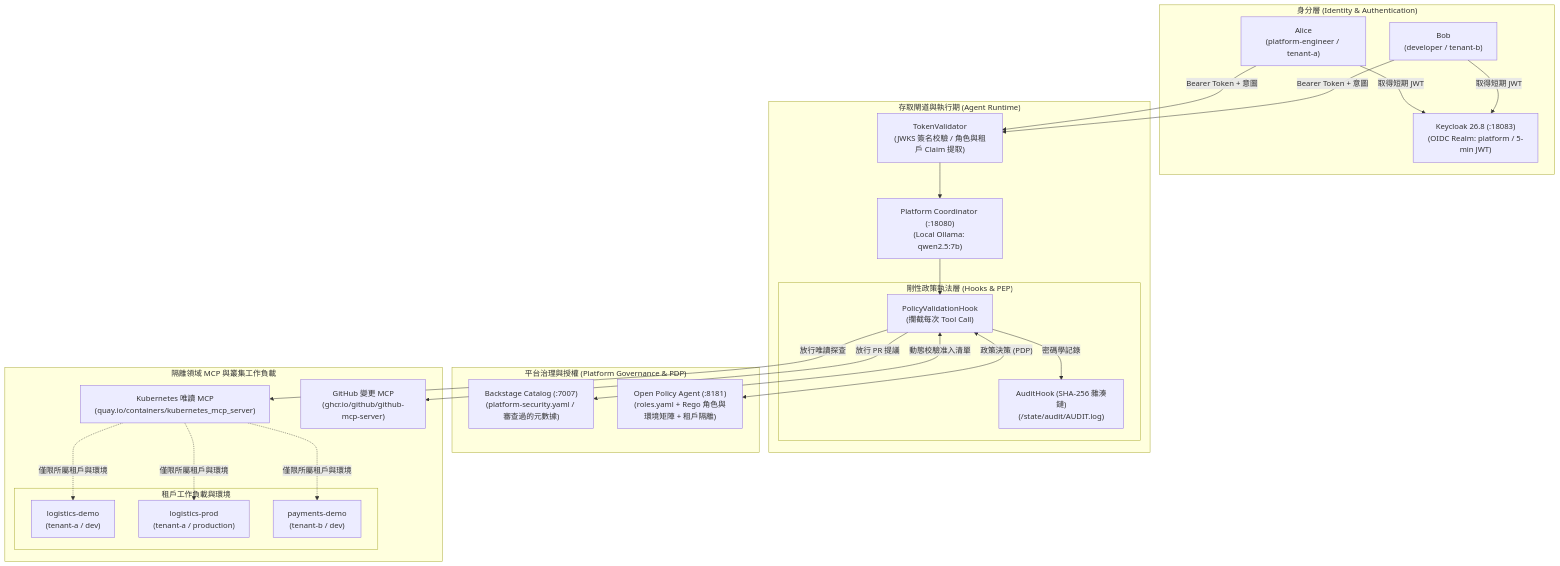
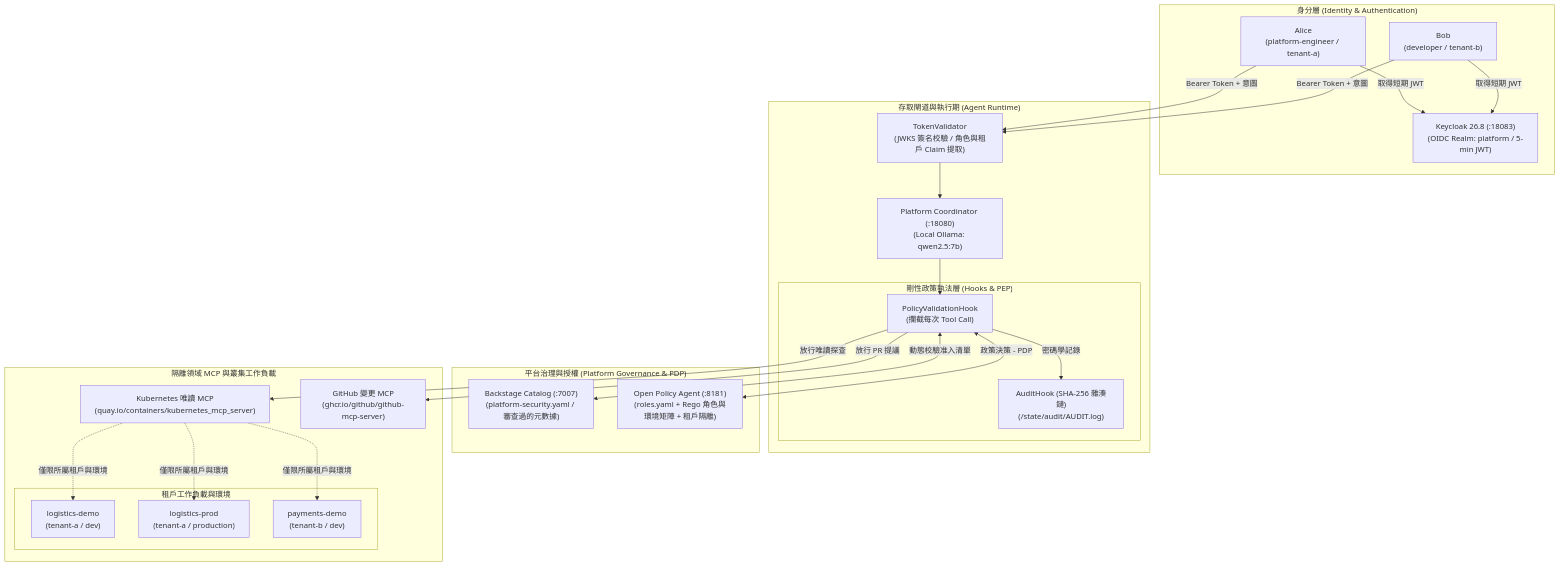
The diagram in ch8.md (tedmax100/agentic-ai-for-pe), drawn with Mermaid before and after one commit.

Commit message:
fix(docs): avoid parentheses in mermaid edge label to prevent parsing issues

````diff
--- a/ch8.md
+++ b/ch8.md
@@ -435,46 +435,46 @@
 ```mermaid
 flowchart TD
     subgraph IdentityTier["身分層 (Identity & Authentication)"]
         UserAlice["Alice<br/>(platform-engineer / tenant-a)"]
         UserBob["Bob<br/>(developer / tenant-b)"]
         Keycloak["Keycloak 26.8 (:18083)<br/>(OIDC Realm: platform / 5-min JWT)"]
     end
 
     subgraph IngressGateway["存取閘道與執行期 (Agent Runtime)"]
         TokenVal["TokenValidator<br/>(JWKS 簽名校驗 / 角色與租戶 Claim 提取)"]
         Coordinator["Platform Coordinator (:18080)<br/>(Local Ollama: qwen2.5:7b)"]
         
         subgraph PolicyEnforcement["剛性政策執法層 (Hooks & PEP)"]
             GuardrailHook["PolicyValidationHook<br/>(攔截每次 Tool Call)"]
             AuditChainer["AuditHook (SHA-256 雜湊鏈)<br/>(/state/audit/AUDIT.log)"]
         end
     end
 
     subgraph GovernanceTier["平台治理與授權 (Platform Governance & PDP)"]
         Backstage["Backstage Catalog (:7007)<br/>(platform-security.yaml / 審查過的元數據)"]
         OPA["Open Policy Agent (:8181)<br/>(roles.yaml + Rego 角色與環境矩陣 + 租戶隔離)"]
     end
 
     subgraph MCPAndWorkloads["隔離領域 MCP 與叢集工作負載"]
         K8sMCP["Kubernetes 唯讀 MCP<br/>(quay.io/containers/kubernetes_mcp_server)"]
         GitMCP["GitHub 變更 MCP<br/>(ghcr.io/github/github-mcp-server)"]
         
         subgraph Tenants["租戶工作負載與環境"]
             LogisticsDev["logistics-demo<br/>(tenant-a / dev)"]
             LogisticsProd["logistics-prod<br/>(tenant-a / production)"]
             PaymentsDev["payments-demo<br/>(tenant-b / dev)"]
         end
     end
 
     UserAlice & UserBob -->|取得短期 JWT| Keycloak
     UserAlice & UserBob -->|Bearer Token + 意圖| TokenVal
     TokenVal --> Coordinator
     Coordinator --> GuardrailHook
     GuardrailHook <-->|動態校驗准入清單| Backstage
-    GuardrailHook <-->|"政策決策 (PDP)"| OPA
+    GuardrailHook <-->|"政策決策 - PDP"| OPA
     GuardrailHook -->|密碼學記錄| AuditChainer
     
     GuardrailHook -->|放行唯讀探查| K8sMCP
     GuardrailHook -->|放行 PR 提議| GitMCP
     K8sMCP -.->|僅限所屬租戶與環境| LogisticsDev & LogisticsProd & PaymentsDev
 ```
````
